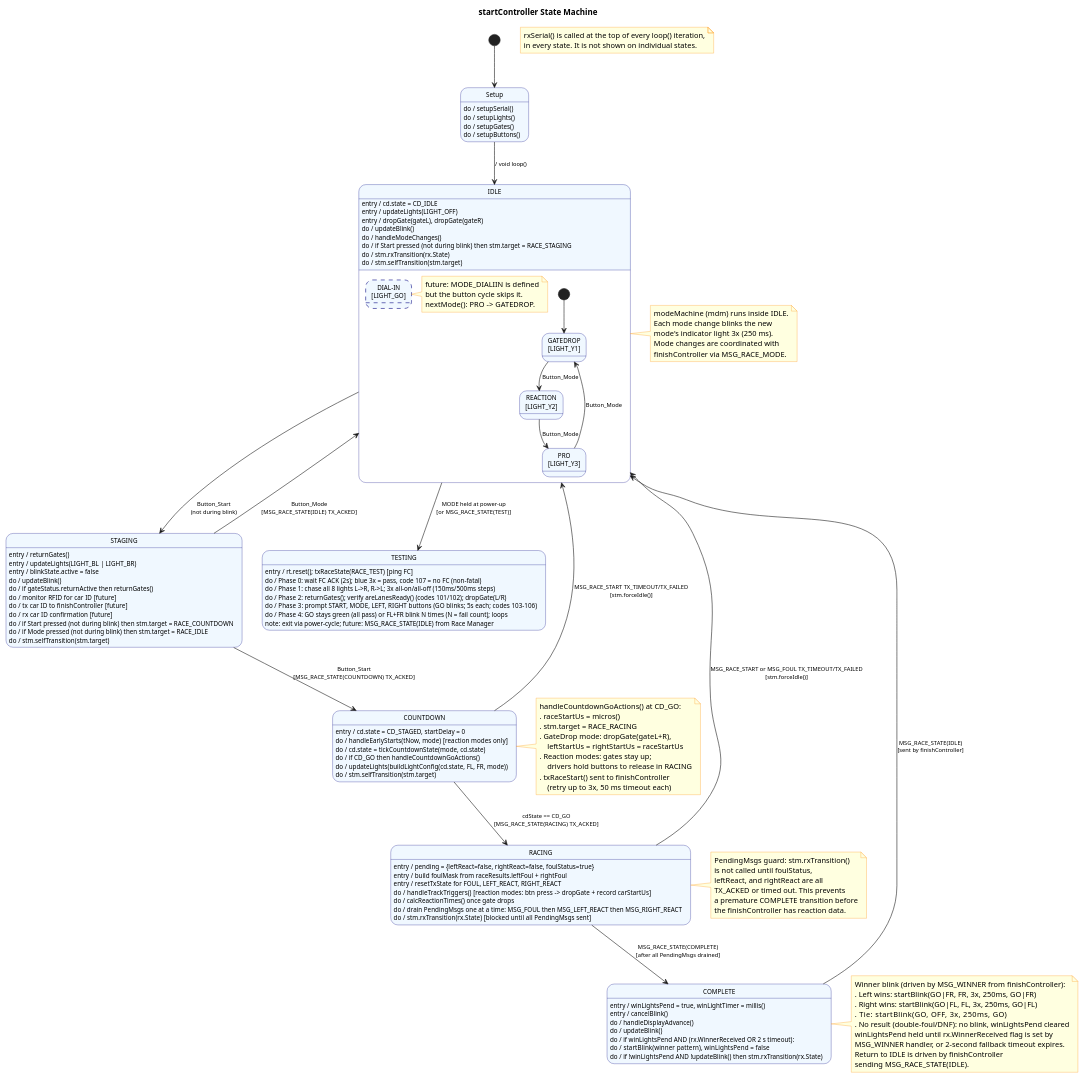
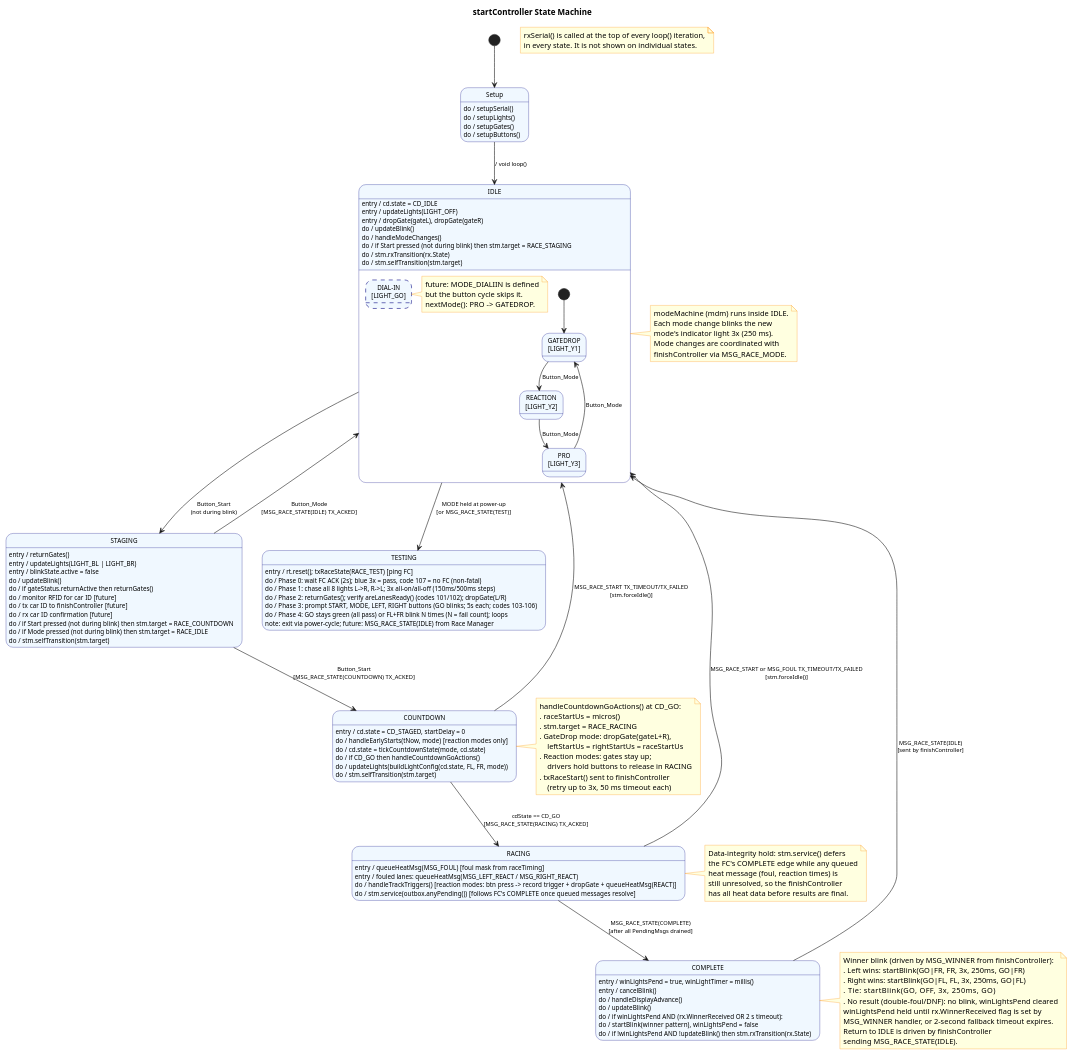
The diagram in docs/diagrams/stm_startController.puml (dgschaaf/DerbyTimer), drawn with PlantUML before and after one commit. The commit also changed 3 other files, not shown here.

```diff
--- a/docs/diagrams/stm_startController.puml
+++ b/docs/diagrams/stm_startController.puml
@@ -1,189 +1,185 @@
 @startuml startController_STM
 skinparam state {
   BackgroundColor AliceBlue
   BorderColor Navy
   FontSize 11
   ArrowFontSize 10
 }
 skinparam noteBackgroundColor LightYellow
 skinparam noteBorderColor DarkOrange
 
 title startController State Machine
 
 note as N_RX
   rxSerial() is called at the top of every loop() iteration,
   in every state. It is not shown on individual states.
 end note
 
 [*] --> Setup
 
 ' ============================================================
 ' SETUP
 ' ============================================================
 state "Setup" as Setup {
   Setup : do / setupSerial()
   Setup : do / setupLights()
   Setup : do / setupGates()
   Setup : do / setupButtons()
 }
 
 Setup --> IDLE : / void loop()
 
 ' ============================================================
 ' IDLE  (composite: raceMode sub-states managed by modeMachine)
 ' ============================================================
 state "IDLE" as IDLE {
   IDLE : entry / cd.state = CD_IDLE
   IDLE : entry / updateLights(LIGHT_OFF)
   IDLE : entry / dropGate(gateL), dropGate(gateR)
   IDLE : do / updateBlink()
   IDLE : do / handleModeChanges()
   IDLE : do / if Start pressed (not during blink) then stm.target = RACE_STAGING
   IDLE : do / stm.rxTransition(rx.State)
   IDLE : do / stm.selfTransition(stm.target)
 
   state "GATEDROP\n[LIGHT_Y1]" as M_GD
   state "REACTION\n[LIGHT_Y2]"  as M_RE
   state "PRO\n[LIGHT_Y3]"       as M_PR
   state "DIAL-IN\n[LIGHT_GO]"   as M_DI #line.dashed
 
   note right of M_DI
     future: MODE_DIALIIN is defined
     but the button cycle skips it.
     nextMode(): PRO -> GATEDROP.
   end note
 
   [*]   --> M_GD
   M_GD --> M_RE : Button_Mode
   M_RE --> M_PR : Button_Mode
   M_PR --> M_GD : Button_Mode
 }
 
 note right of IDLE
   modeMachine (mdm) runs inside IDLE.
   Each mode change blinks the new
   mode's indicator light 3x (250 ms).
   Mode changes are coordinated with
   finishController via MSG_RACE_MODE.
 end note
 
 ' ============================================================
 ' STAGING
 ' ============================================================
 state "STAGING" as STAGING {
   STAGING : entry / returnGates()
   STAGING : entry / updateLights(LIGHT_BL | LIGHT_BR)
   STAGING : entry / blinkState.active = false
   STAGING : do / updateBlink()
   STAGING : do / if gateStatus.returnActive then returnGates()
   STAGING : do / monitor RFID for car ID  [future]
   STAGING : do / tx car ID to finishController  [future]
   STAGING : do / rx car ID confirmation  [future]
   STAGING : do / if Start pressed (not during blink) then stm.target = RACE_COUNTDOWN
   STAGING : do / if Mode pressed (not during blink) then stm.target = RACE_IDLE
   STAGING : do / stm.selfTransition(stm.target)
 }
 
 ' ============================================================
 ' COUNTDOWN
 ' ============================================================
 state "COUNTDOWN" as COUNTDOWN {
   COUNTDOWN : entry / cd.state = CD_STAGED, startDelay = 0
   COUNTDOWN : do / handleEarlyStarts(tNow, mode)  [reaction modes only]
   COUNTDOWN : do / cd.state = tickCountdownState(mode, cd.state)
   COUNTDOWN : do / if CD_GO then handleCountdownGoActions()
   COUNTDOWN : do / updateLights(buildLightConfig(cd.state, FL, FR, mode))
   COUNTDOWN : do / stm.selfTransition(stm.target)
 }
 
 note right of COUNTDOWN
   handleCountdownGoActions() at CD_GO:
   . raceStartUs = micros()
   . stm.target = RACE_RACING
   . GateDrop mode: dropGate(gateL+R),
       leftStartUs = rightStartUs = raceStartUs
   . Reaction modes: gates stay up;
       drivers hold buttons to release in RACING
   . txRaceStart() sent to finishController
       (retry up to 3x, 50 ms timeout each)
 end note
 
 ' ============================================================
 ' RACING
 ' ============================================================
 state "RACING" as RACING {
-  RACING : entry / pending = {leftReact=false, rightReact=false, foulStatus=true}
-  RACING : entry / build foulMask from raceResults.leftFoul + rightFoul
-  RACING : entry / resetTxState for FOUL, LEFT_REACT, RIGHT_REACT
-  RACING : do / handleTrackTriggers()  [reaction modes: btn press -> dropGate + record carStartUs]
-  RACING : do / calcReactionTimes() once gate drops
-  RACING : do / drain PendingMsgs one at a time: MSG_FOUL then MSG_LEFT_REACT then MSG_RIGHT_REACT
-  RACING : do / stm.rxTransition(rx.State)  [blocked until all PendingMsgs sent]
+  RACING : entry / queueHeatMsg(MSG_FOUL)  [foul mask from raceTiming]
+  RACING : entry / fouled lanes: queueHeatMsg(MSG_LEFT_REACT / MSG_RIGHT_REACT)
+  RACING : do / handleTrackTriggers()  [reaction modes: btn press -> record trigger + dropGate + queueHeatMsg(REACT)]
+  RACING : do / stm.service(outbox.anyPending())  [follows FC's COMPLETE once queued messages resolve]
 }
 
 note right of RACING
-  PendingMsgs guard: stm.rxTransition()
-  is not called until foulStatus,
-  leftReact, and rightReact are all
-  TX_ACKED or timed out. This prevents
-  a premature COMPLETE transition before
-  the finishController has reaction data.
+  Data-integrity hold: stm.service() defers
+  the FC's COMPLETE edge while any queued
+  heat message (foul, reaction times) is
+  still unresolved, so the finishController
+  has all heat data before results are final.
 end note
 
 ' ============================================================
 ' COMPLETE
 ' ============================================================
 state "COMPLETE" as COMPLETE {
   COMPLETE : entry / winLightsPend = true, winLightTimer = millis()
   COMPLETE : entry / cancelBlink()
   COMPLETE : do / handleDisplayAdvance()
   COMPLETE : do / updateBlink()
   COMPLETE : do / if winLightsPend AND (rx.WinnerReceived OR 2 s timeout):
   COMPLETE : do /   startBlink(winner pattern), winLightsPend = false
   COMPLETE : do / if !winLightsPend AND !updateBlink() then stm.rxTransition(rx.State)
 }
 
 note right of COMPLETE
   Winner blink (driven by MSG_WINNER from finishController):
   . Left wins:  startBlink(GO|FR, FR, 3x, 250ms, GO|FR)
   . Right wins: startBlink(GO|FL, FL, 3x, 250ms, GO|FL)
   . Tie:        startBlink(GO, OFF, 3x, 250ms, GO)
   . No result (double-foul/DNF): no blink, winLightsPend cleared
   winLightsPend held until rx.WinnerReceived flag is set by
   MSG_WINNER handler, or 2-second fallback timeout expires.
   Return to IDLE is driven by finishController
   sending MSG_RACE_STATE(IDLE).
 end note
 
 ' ============================================================
 ' TESTING  (4-phase self-test; hold MODE at power-up to enter)
 ' ============================================================
 state "TESTING" as TESTING {
   TESTING : entry / rt.reset(); txRaceState(RACE_TEST) [ping FC]
   TESTING : do / Phase 0: wait FC ACK (2s); blue 3x = pass, code 107 = no FC (non-fatal)
   TESTING : do / Phase 1: chase all 8 lights L->R, R->L; 3x all-on/all-off (150ms/500ms steps)
   TESTING : do / Phase 2: returnGates(); verify areLanesReady() (codes 101/102); dropGate(L/R)
   TESTING : do / Phase 3: prompt START, MODE, LEFT, RIGHT buttons (GO blinks; 5s each; codes 103-106)
   TESTING : do / Phase 4: GO stays green (all pass) or FL+FR blink N times (N = fail count); loops
   TESTING : note: exit via power-cycle; future: MSG_RACE_STATE(IDLE) from Race Manager
 }
 
 ' ============================================================
 ' TRANSITIONS
 ' ============================================================
 IDLE      --> STAGING   : Button_Start\n(not during blink)
 IDLE      --> TESTING   : MODE held at power-up\n[or MSG_RACE_STATE(TEST)]
 
 STAGING   --> COUNTDOWN : Button_Start\n[MSG_RACE_STATE(COUNTDOWN) TX_ACKED]
 STAGING   --> IDLE      : Button_Mode\n[MSG_RACE_STATE(IDLE) TX_ACKED]
 
 COUNTDOWN --> RACING    : cdState == CD_GO\n[MSG_RACE_STATE(RACING) TX_ACKED]
 COUNTDOWN --> IDLE      : MSG_RACE_START TX_TIMEOUT/TX_FAILED\n[stm.forceIdle()]
 
 RACING    --> COMPLETE  : MSG_RACE_STATE(COMPLETE)\n[after all PendingMsgs drained]
 RACING    --> IDLE      : MSG_RACE_START or MSG_FOUL TX_TIMEOUT/TX_FAILED\n[stm.forceIdle()]
 
 COMPLETE  --> IDLE      : MSG_RACE_STATE(IDLE)\n[sent by finishController]
 
 
 @enduml
```
